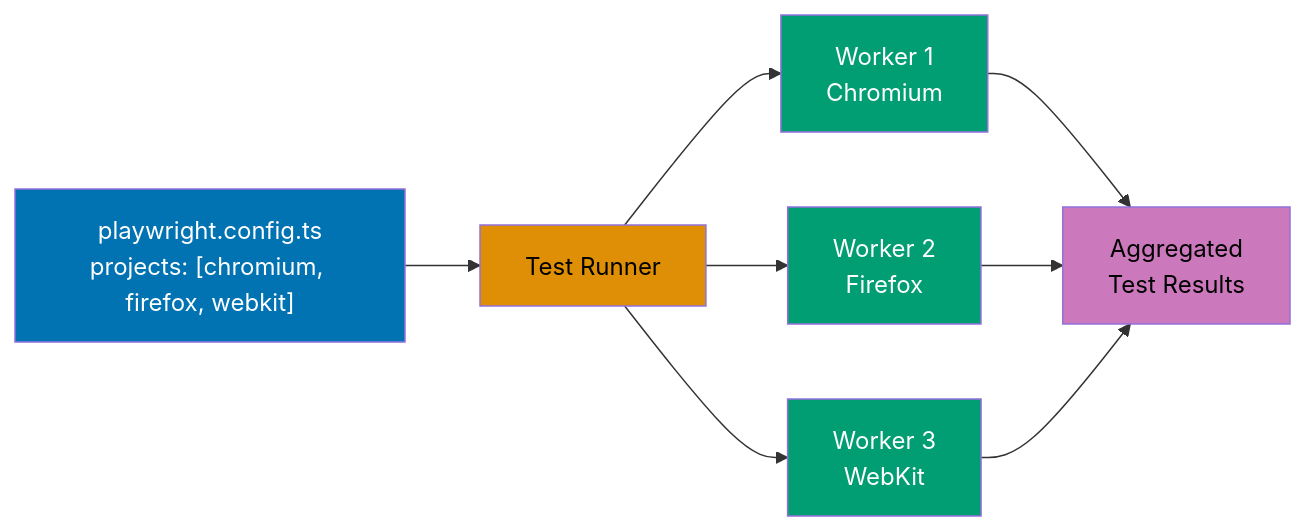
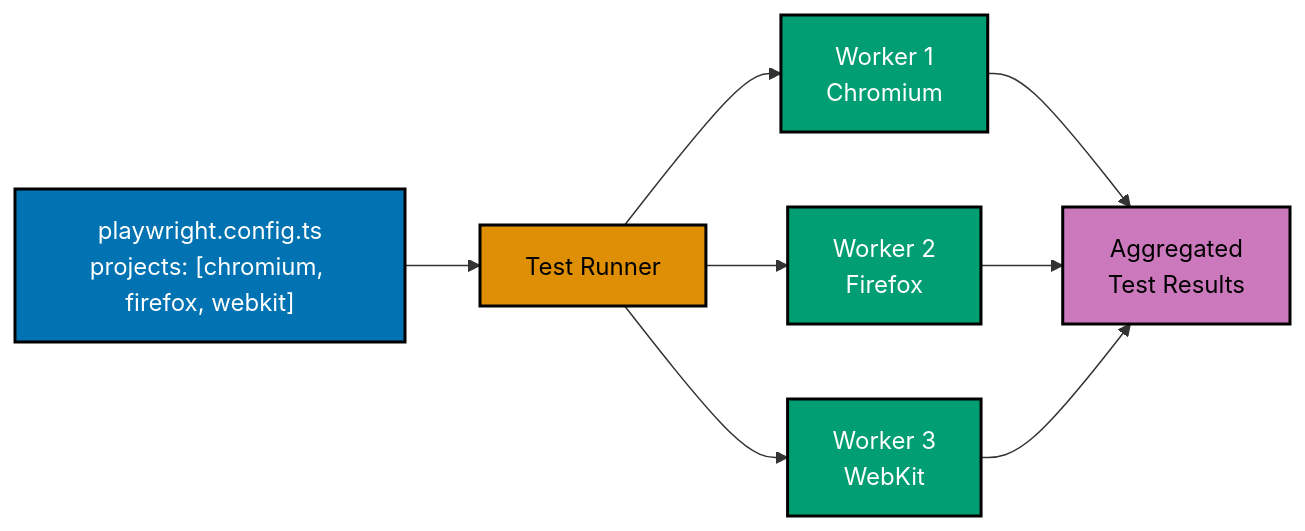
The ninth of 15 diagrams in apps/ayokoding-web/content/en/learn/software-engineering/automation-testing/tools/playwright/by-example/beginner.md (wahidyankf/open-sharia-enterprise), drawn with Mermaid before and after one commit. The commit also changed other lines of this file and 25 other files, not shown here.

````diff
--- a/apps/ayokoding-web/content/en/learn/software-engineering/automation-testing/tools/playwright/by-example/beginner.md
+++ b/apps/ayokoding-web/content/en/learn/software-engineering/automation-testing/tools/playwright/by-example/beginner.md
@@ -661,18 +661,18 @@
 ```mermaid
 %% Color Palette: Blue #0173B2, Orange #DE8F05, Teal #029E73, Purple #CC78BC, Brown #CA9161
 graph LR
     Config["playwright.config.ts<br/>projects: [chromium, firefox, webkit]"] --> Runner["Test Runner"]
     Runner --> W1["Worker 1<br/>Chromium"]
     Runner --> W2["Worker 2<br/>Firefox"]
     Runner --> W3["Worker 3<br/>WebKit"]
     W1 --> Results["Aggregated<br/>Test Results"]
     W2 --> Results
     W3 --> Results
 
-    style Config fill:#0173B2,color:#fff
-    style Runner fill:#DE8F05,color:#000
-    style W1 fill:#029E73,color:#fff
-    style W2 fill:#029E73,color:#fff
-    style W3 fill:#029E73,color:#fff
-    style Results fill:#CC78BC,color:#000
+    style Config fill:#0173B2,stroke:#000000,stroke-width:2px,color:#fff
+    style Runner fill:#DE8F05,stroke:#000000,stroke-width:2px,color:#000
+    style W1 fill:#029E73,stroke:#000000,stroke-width:2px,color:#fff
+    style W2 fill:#029E73,stroke:#000000,stroke-width:2px,color:#fff
+    style W3 fill:#029E73,stroke:#000000,stroke-width:2px,color:#fff
+    style Results fill:#CC78BC,stroke:#000000,stroke-width:2px,color:#000
 ```
````
